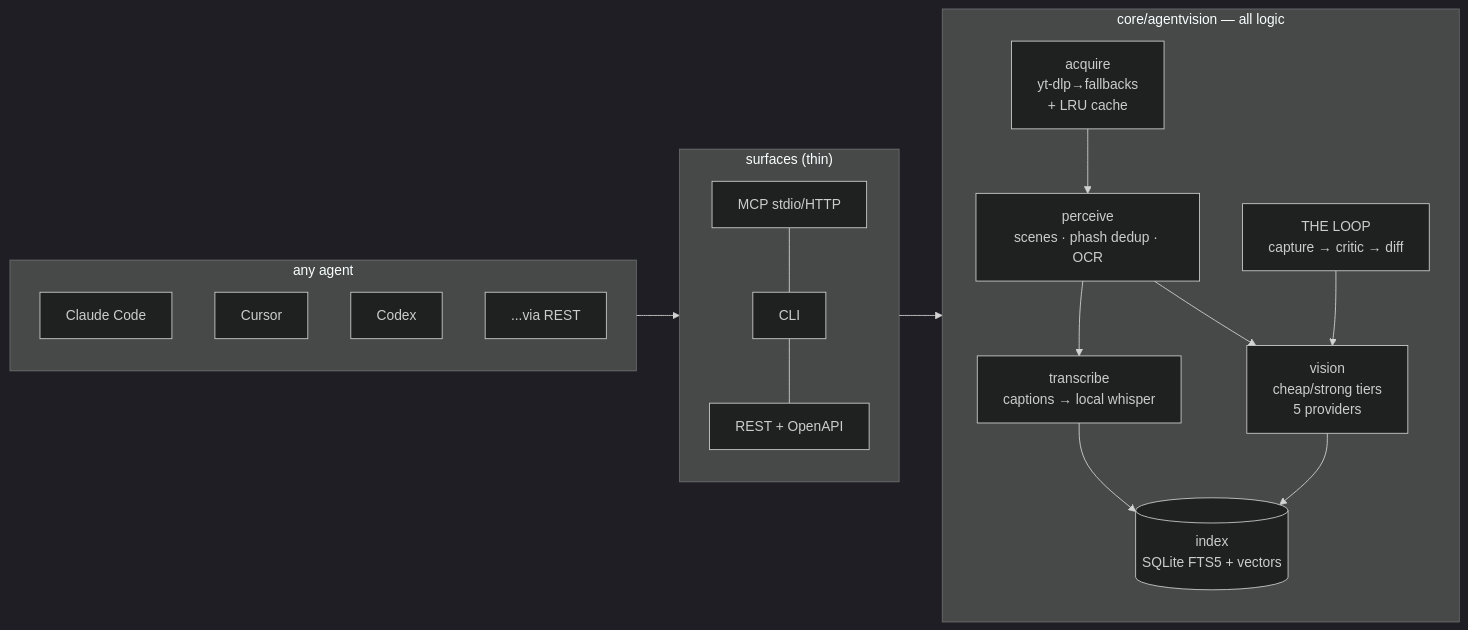
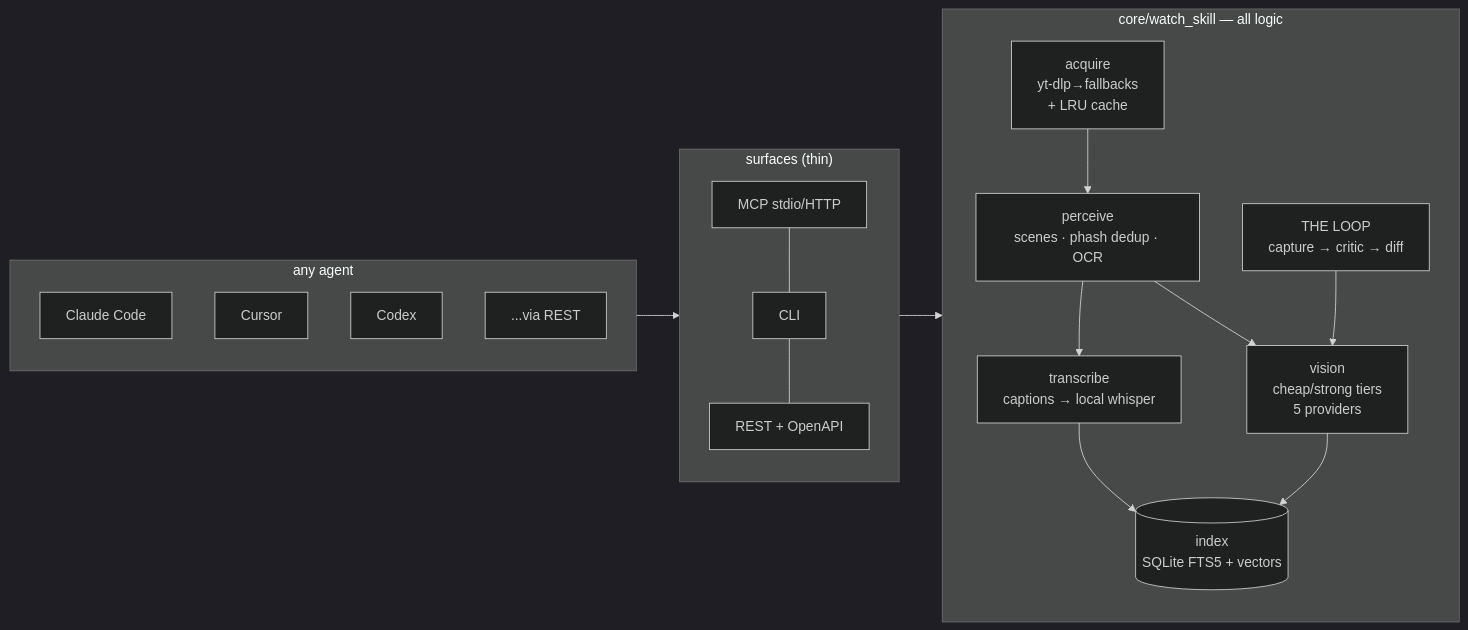
One commit to oxbshw/watch-skill changed the diagram in README.md. Above: the diagram before and after it, drawn with Mermaid (dark theme). The commit also changed other lines of this file and 192 other files, not shown here.

First line of the commit message:
feat!: rebrand AgentVision -> Watch Skill

````diff
--- a/README.md
+++ b/README.md
@@ -83,18 +83,18 @@
 ```mermaid
 flowchart LR
     subgraph agents["any agent"]
         CC[Claude Code] & CU[Cursor] & CX[Codex] & GA["...via REST"]
     end
     subgraph surfaces["surfaces (thin)"]
         MCP[MCP stdio/HTTP] --- CLI[CLI] --- API[REST + OpenAPI]
     end
-    subgraph core["core/agentvision — all logic"]
+    subgraph core["core/watch_skill — all logic"]
         AC[acquire<br/>yt-dlp→fallbacks<br/>+ LRU cache] --> PE[perceive<br/>scenes · phash dedup · OCR]
         PE --> TR[transcribe<br/>captions → local whisper]
         TR --> IX[(index<br/>SQLite FTS5 + vectors)]
         PE --> VI[vision<br/>cheap/strong tiers<br/>5 providers]
         VI --> IX
         LP[THE LOOP<br/>capture → critic → diff] --> VI
     end
     agents --> surfaces --> core
 ```
````
